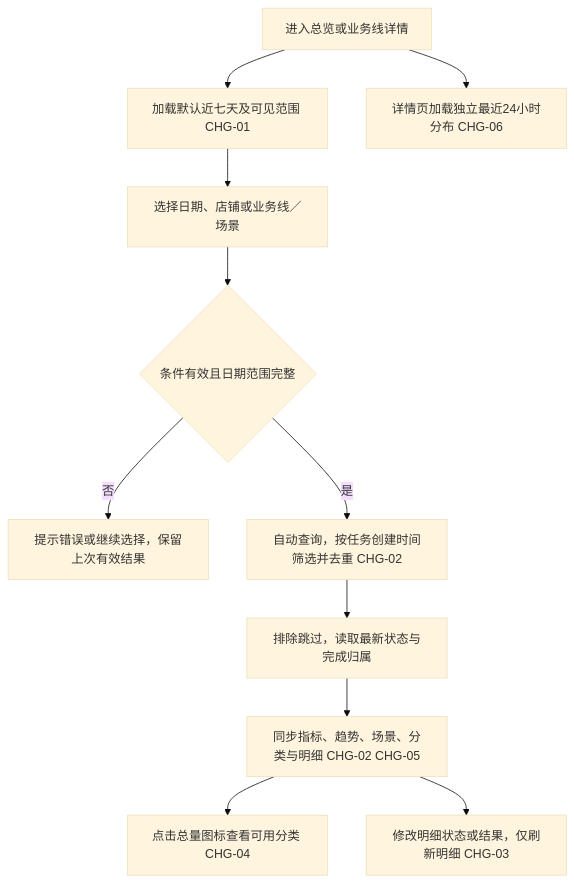
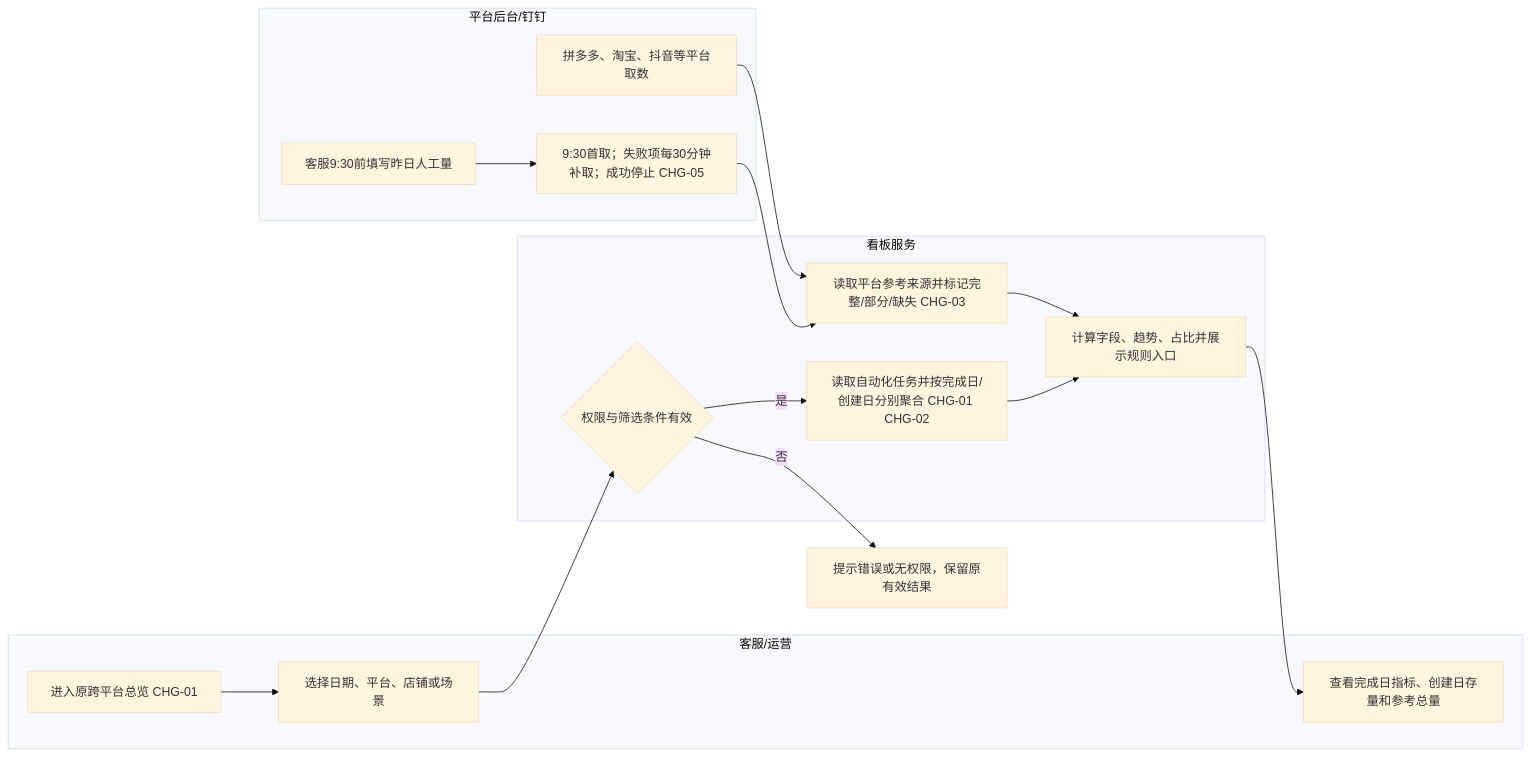
Before and after one commit to dtingyoung123-stack/xianma-work: the first of 2 diagrams in dashboard-demo/prd/业务线开发分册/跨平台总览_开发分册.md, drawn with Mermaid (base theme). The commit also changed other lines of this file and 34 other files, not shown here.

````diff
--- a/dashboard-demo/prd/业务线开发分册/跨平台总览_开发分册.md
+++ b/dashboard-demo/prd/业务线开发分册/跨平台总览_开发分册.md
@@ -66,13 +136,24 @@
 ```mermaid
-flowchart TD
-    A["进入总览或业务线详情"] --> B["加载默认近七天及可见范围 CHG-01"]
-    B --> C["选择日期、店铺或业务线／场景"]
-    C --> D{"条件有效且日期范围完整"}
-    D -- "否" --> E["提示错误或继续选择，保留上次有效结果"]
-    D -- "是" --> F["自动查询，按任务创建时间筛选并去重 CHG-02"]
-    F --> G["排除跳过，读取最新状态与完成归属"]
-    G --> H["同步指标、趋势、场景、分类与明细 CHG-02 CHG-05"]
-    H --> I["点击总量图标查看可用分类 CHG-04"]
-    H --> J["修改明细状态或结果，仅刷新明细 CHG-03"]
-    A --> K["详情页加载独立最近24小时分布 CHG-06"]
+flowchart LR
+    subgraph U["客服/运营"]
+        A["进入原跨平台总览 CHG-01"]
+        B["选择日期、平台、店铺或场景"]
+        C["查看完成日指标、创建日存量和参考总量"]
+    end
+    subgraph S["看板服务"]
+        D{"权限与筛选条件有效"}
+        E["读取自动化任务并按完成日/创建日分别聚合 CHG-01 CHG-02"]
+        F["读取平台参考来源并标记完整/部分/缺失 CHG-03"]
+        G["计算字段、趋势、占比并展示规则入口"]
+    end
+    subgraph X["平台后台/钉钉"]
+        H["拼多多、淘宝、抖音等平台取数"]
+        I["客服9:30前填写昨日人工量"]
+        J["9:30首取；失败项每30分钟补取；成功停止 CHG-05"]
+    end
+    A --> B --> D
+    D -- "是" --> E --> G --> C
+    D -- "否" --> K["提示错误或无权限，保留原有效结果"]
+    H --> F --> G
+    I --> J --> F
 ```
````
